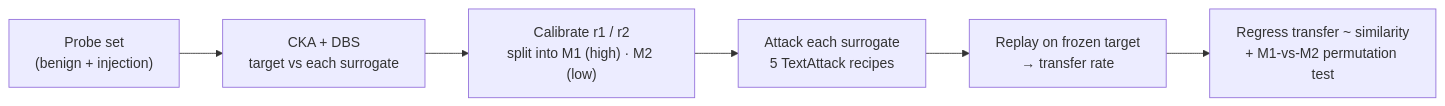
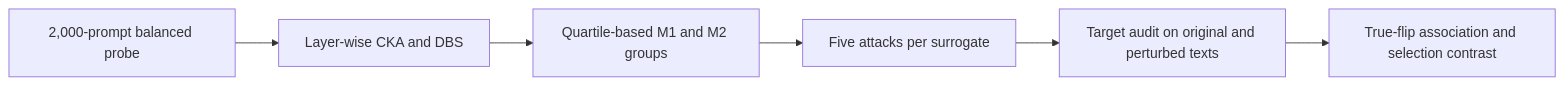
The diagram in docs/index.qmd (turn1a/safety-classifier-transfer-risk), drawn with Mermaid before and after one commit. The commit also changed other lines of this file and 408 other files, not shown here.

````diff
--- a/docs/index.qmd
+++ b/docs/index.qmd
@@ -78,8 +51,8 @@
 ```{mermaid}
 flowchart LR
-  A["Probe set<br/>(benign + injection)"] --> B["CKA + DBS<br/>target vs each surrogate"]
-  B --> C["Calibrate r1 / r2<br/>split into M1 (high) · M2 (low)"]
-  C --> D["Attack each surrogate<br/>5 TextAttack recipes"]
-  D --> E["Replay on frozen target<br/>→ transfer rate"]
-  E --> F["Regress transfer ~ similarity<br/>+ M1-vs-M2 permutation test"]
+  A["2,000-prompt balanced probe"] --> B["Layer-wise CKA and DBS"]
+  B --> C["Quartile-based M1 and M2 groups"]
+  C --> D["Five attacks per surrogate"]
+  D --> E["Target audit on original and perturbed texts"]
+  E --> F["True-flip association and selection contrast"]
 ```
````
